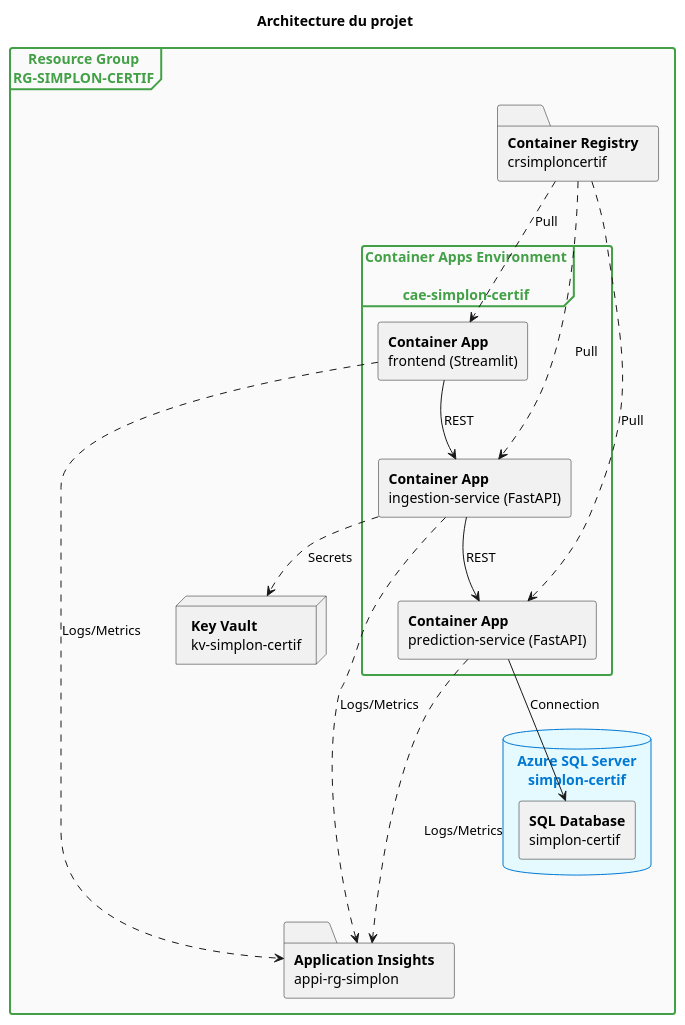
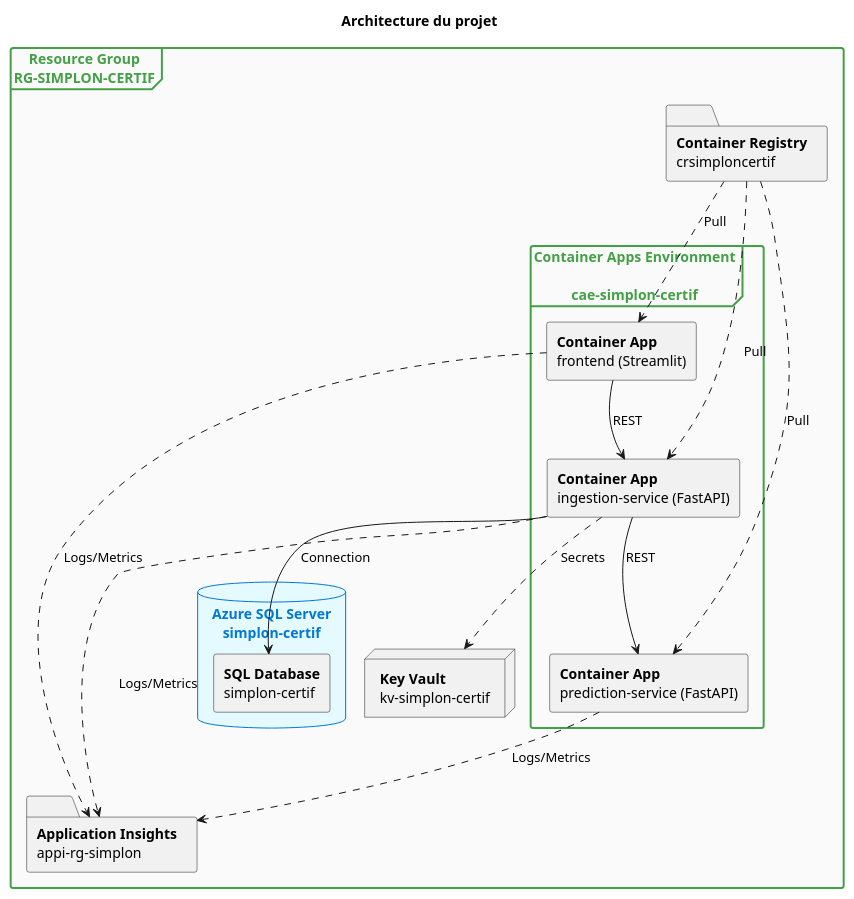
The diagram in docs/architecture.puml (Louis903995/Ingestion-Service), drawn with PlantUML before and after one commit. The commit also changed 5 other files, not shown here.

```diff
--- a/docs/architecture.puml
+++ b/docs/architecture.puml
@@ -1,79 +1,79 @@
 @startuml
 title Architecture du projet
 
 ' SQL Server = cylindre (database)
 ' SQL Database = rectangle dans le database
 ' Vault = node (représentant un coffre fort)
 ' Registry = folder (dossier)
 ' Insights = folder (journal/livre)
 ' Container Apps Environment = frame (cadre englobant)
 
 skinparam database {
     BackgroundColor #e5faff
     BorderColor #0078d4
     FontColor #0078d4
 }
 
 skinparam rectangle {
     BackgroundColor<<frontend>> #e8f5e9
     BorderColor<<frontend>> #43a047
     FontColor<<frontend>> #388e3c
 
     BackgroundColor<<api>> #fff
     BorderColor<<api>> #1976d2
     FontColor<<api>> #1976d2
 }
 
 skinparam node {
     BackgroundColor<<vault>> #fffce5
     BorderColor<<vault>> #b59700
     FontColor<<vault>> #b59700
 }
 
 skinparam folder {
     BackgroundColor<<registry>> #e5e5ff
     BorderColor<<registry>> #5e5ecb
     FontColor<<registry>> #5e5ecb
 
     BackgroundColor<<logbook>> #e5ffee
     BorderColor<<logbook>> #007e67
     FontColor<<logbook>> #007e67
 }
 
 skinparam frame {
     BackgroundColor #fafafa
     BorderColor #43a047
     FontColor #43a047
     BorderThickness 2
 }
 
 frame "**Resource Group**\nRG-SIMPLON-CERTIF" as RG {
 
 database "**Azure SQL Server**\nsimplon-certif" as SQLSERVER {
     rectangle "**SQL Database**\nsimplon-certif" as SQLDB
 }
 
 node "**Key Vault**\nkv-simplon-certif" as VAULT
 folder "**Container Registry**\ncrsimploncertif" as REGISTRY 
 folder "**Application Insights**\nappi-rg-simplon" as INSIGHTS
 
 frame "**Container Apps Environment**\n\ncae-simplon-certif" as ENV {
     rectangle "**Container App**\nfrontend (Streamlit)" as FRONTEND 
     rectangle "**Container App**\ningestion-service (FastAPI)" as INGESTION 
     rectangle "**Container App**\nprediction-service (FastAPI)" as PREDICTION 
 }
 
 ' --- Relations ---
-PREDICTION -down-> SQLDB : Connection
+INGESTION -down-> SQLDB : Connection
 INGESTION -down-> PREDICTION : REST
 FRONTEND -down-> INGESTION : REST
 INGESTION ..> VAULT : Secrets
 FRONTEND ..> INSIGHTS : Logs/Metrics
 INGESTION ..> INSIGHTS : Logs/Metrics
 PREDICTION ..> INSIGHTS : Logs/Metrics
 REGISTRY ..> FRONTEND : Pull
 REGISTRY ..> INGESTION : Pull
 REGISTRY ..> PREDICTION : Pull
-SQLDB -[#transparent]-> INSIGHTS
+
 }
 @enduml
```
